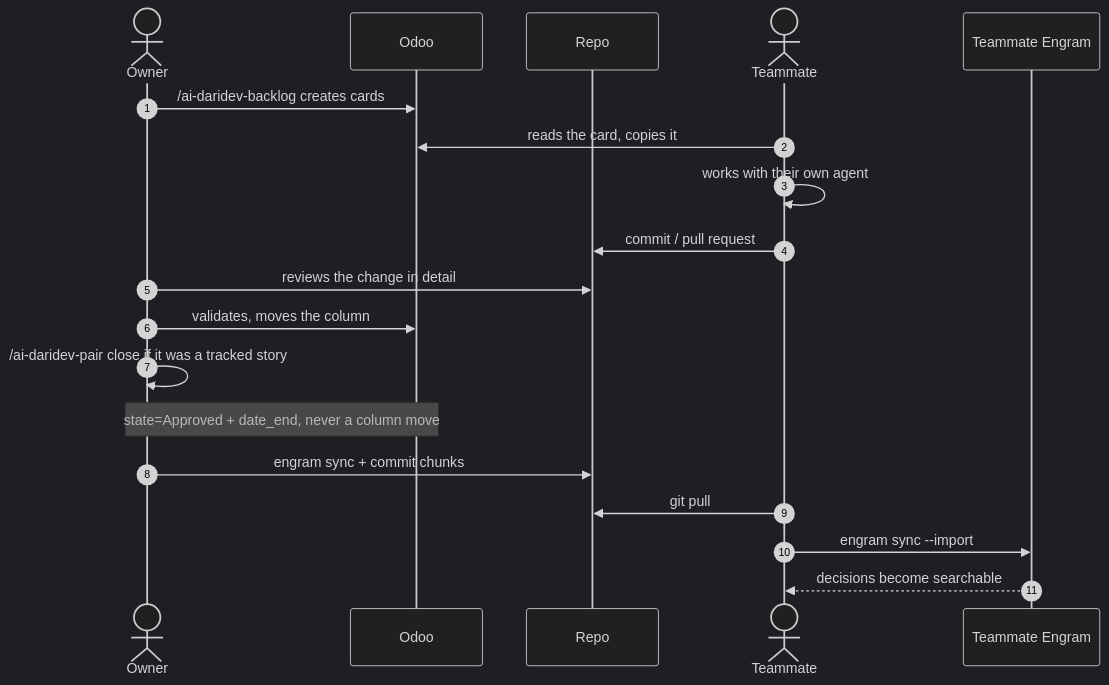
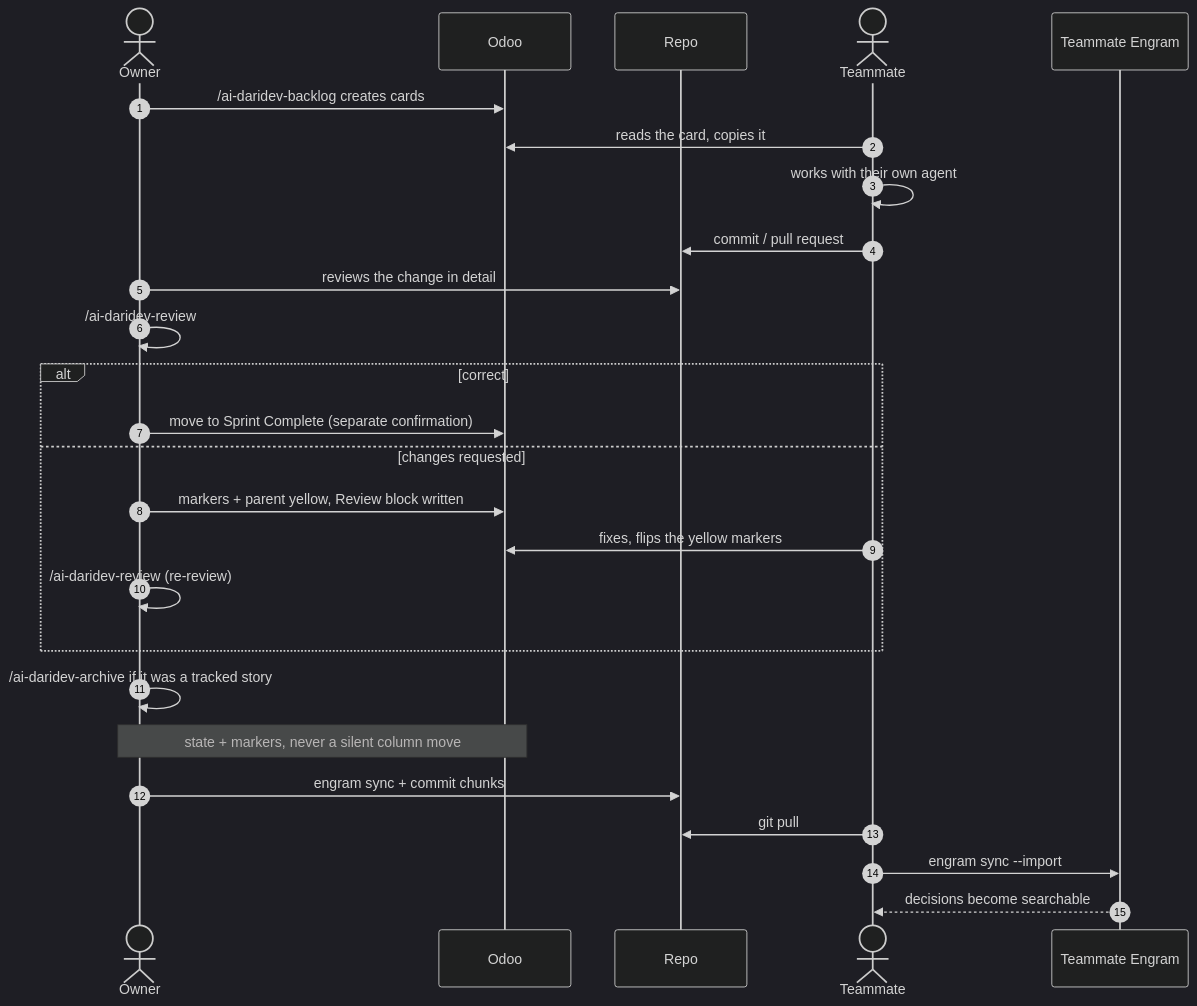
Before and after one commit to darideveloper/ai-daridev: the diagram in docs/team.md, drawn with Mermaid (dark theme). The commit also changed other lines of this file and 17 other files, not shown here.

First line of the commit message:
feat: review skill, tracking markers and manual Odoo handouts

````diff
--- a/docs/team.md
+++ b/docs/team.md
@@ -17,22 +36,29 @@
 ```mermaid
 sequenceDiagram
     autonumber
     actor Owner
     participant O as Odoo
     participant R as Repo
     actor T as Teammate
     participant TE as Teammate Engram
 
     Owner->>O: /ai-daridev-backlog creates cards
     T->>O: reads the card, copies it
     T->>T: works with their own agent
     T->>R: commit / pull request
     Owner->>R: reviews the change in detail
-    Owner->>O: validates, moves the column
-    Owner->>Owner: /ai-daridev-pair close if it was a tracked story
-    Note over Owner,O: state=Approved + date_end, never a column move
+    Owner->>Owner: /ai-daridev-review
+    alt correct
+        Owner->>O: move to Sprint Complete (separate confirmation)
+    else changes requested
+        Owner->>O: markers + parent yellow, Review block written
+        T->>O: fixes, flips the yellow markers
+        Owner->>Owner: /ai-daridev-review (re-review)
+    end
+    Owner->>Owner: /ai-daridev-archive if it was a tracked story
+    Note over Owner,O: state + markers, never a silent column move
     Owner->>R: engram sync + commit chunks
     T->>R: git pull
     T->>TE: engram sync --import
     TE-->>T: decisions become searchable
 ```
````
